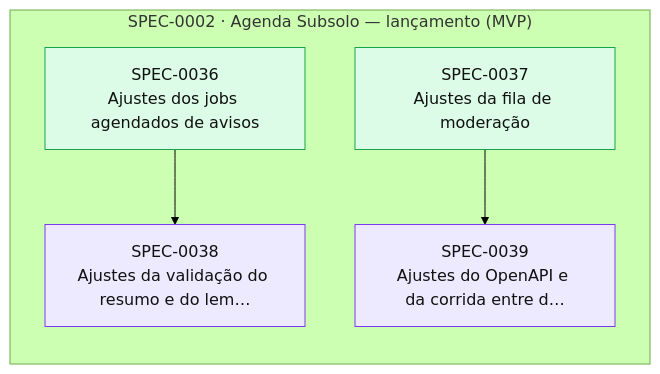
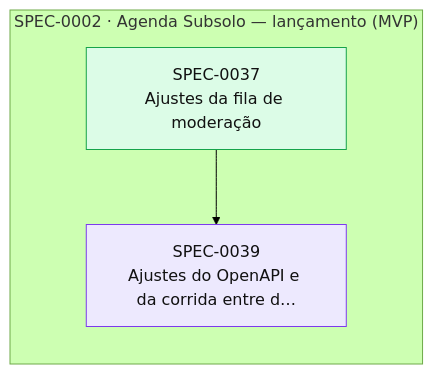
Before and after one commit to thomasravache/subsolo: the diagram in docs/specs/INDEX.md, drawn with Mermaid (forest theme). The commit also changed other lines of this file and 2 other files, not shown here.

First line of the commit message:
docs(sdd): close wave 22 (SPEC-0038)

````diff
--- a/docs/specs/INDEX.md
+++ b/docs/specs/INDEX.md
@@ -67,16 +66,13 @@
 ```mermaid
 flowchart LR
   subgraph E0002["SPEC-0002 · Agenda Subsolo — lançamento (MVP)"]
-    S0036["SPEC-0036<br/>Ajustes dos jobs agendados de avisos"]:::implemented
     S0037["SPEC-0037<br/>Ajustes da fila de moderação"]:::implemented
-    S0038["SPEC-0038<br/>Ajustes da validação do resumo e do lem…"]:::inprogress
     S0039["SPEC-0039<br/>Ajustes do OpenAPI e da corrida entre d…"]:::inprogress
   end
-  S0036 --> S0038
   S0037 --> S0039
   classDef proposed fill:#fef3c7,stroke:#d97706,color:#111
   classDef approved fill:#dbeafe,stroke:#2563eb,color:#111
   classDef inprogress fill:#ede9fe,stroke:#7c3aed,color:#111
   classDef implemented fill:#dcfce7,stroke:#16a34a,color:#111
   classDef deprecated fill:#f3f4f6,stroke:#9ca3af,color:#6b7280
 ```
````
